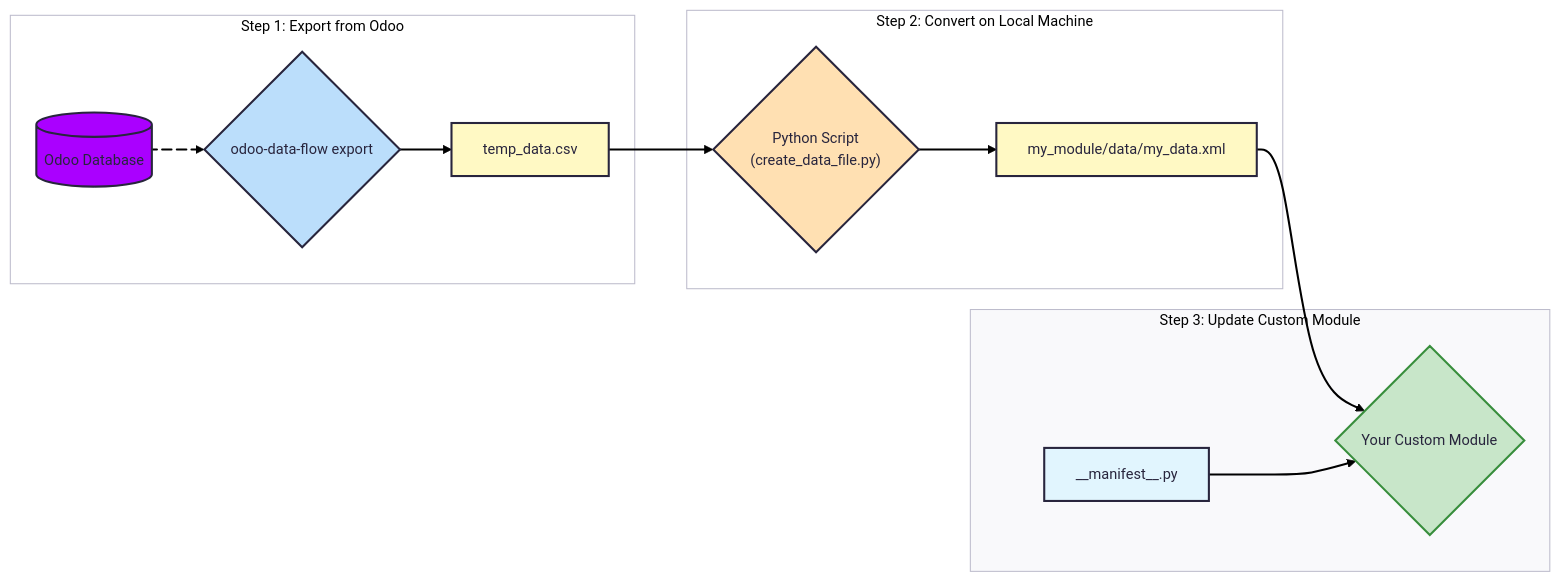
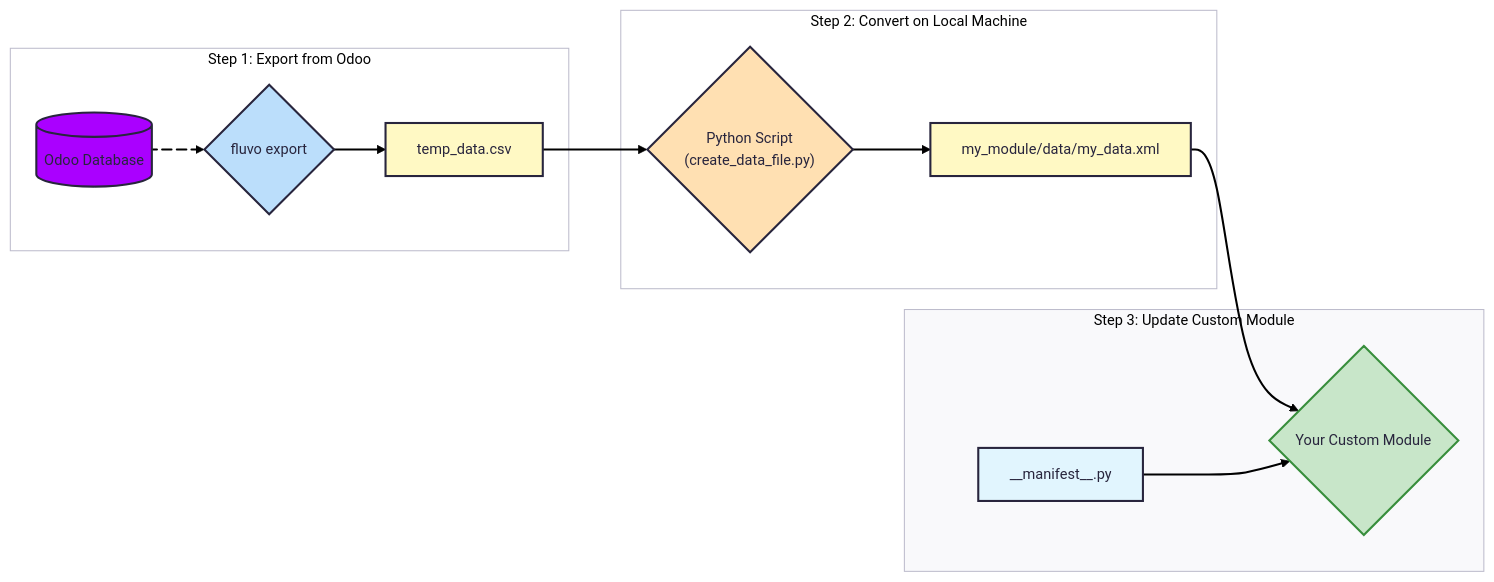
The diagram in docs/guides/exporting_data_for_modules.md (GetFluvo/fluvo), drawn with Mermaid before and after one commit. The commit also changed other lines of this file and 144 other files, not shown here.

Commit message:
Rebrand odoo-data-flow → Fluvo; add LGPL attribution (odoo_csv_import) & CLA

````diff
--- a/docs/guides/exporting_data_for_modules.md
+++ b/docs/guides/exporting_data_for_modules.md
@@ -9,36 +9,36 @@
 ```{mermaid}
 ---
 config:
   theme: redux
 ---
 flowchart LR
  subgraph subGraph0["Step 1: Export from Odoo"]
-        B{"odoo-data-flow export"}
+        B{"fluvo export"}
         A[("Odoo Database")]
         C["temp_data.csv"]
   end
  subgraph subGraph1["Step 2: Convert on Local Machine"]
         D{"Python Script<br>(create_data_file.py)"}
         E["my_module/data/my_data.xml"]
   end
  subgraph subGraph2["Step 3: Update Custom Module"]
         F{"Your Custom Module"}
         G["__manifest__.py"]
   end
     A L_A_B_0@--> B
     B --> C
     C --> D
     D --> E
     E --> F
     G --> F
     style B fill:#BBDEFB
     style A fill:#AA00FF
     style C fill:#FFF9C4
     style D fill:#FFE0B2
     style E fill:#FFF9C4
     style F fill:#C8E6C9,stroke:#388E3C
     style G fill:#E1F5FE
     style subGraph0 fill:transparent
     style subGraph1 fill:transparent
     L_A_B_0@{ animation: slow }
 ```
````
